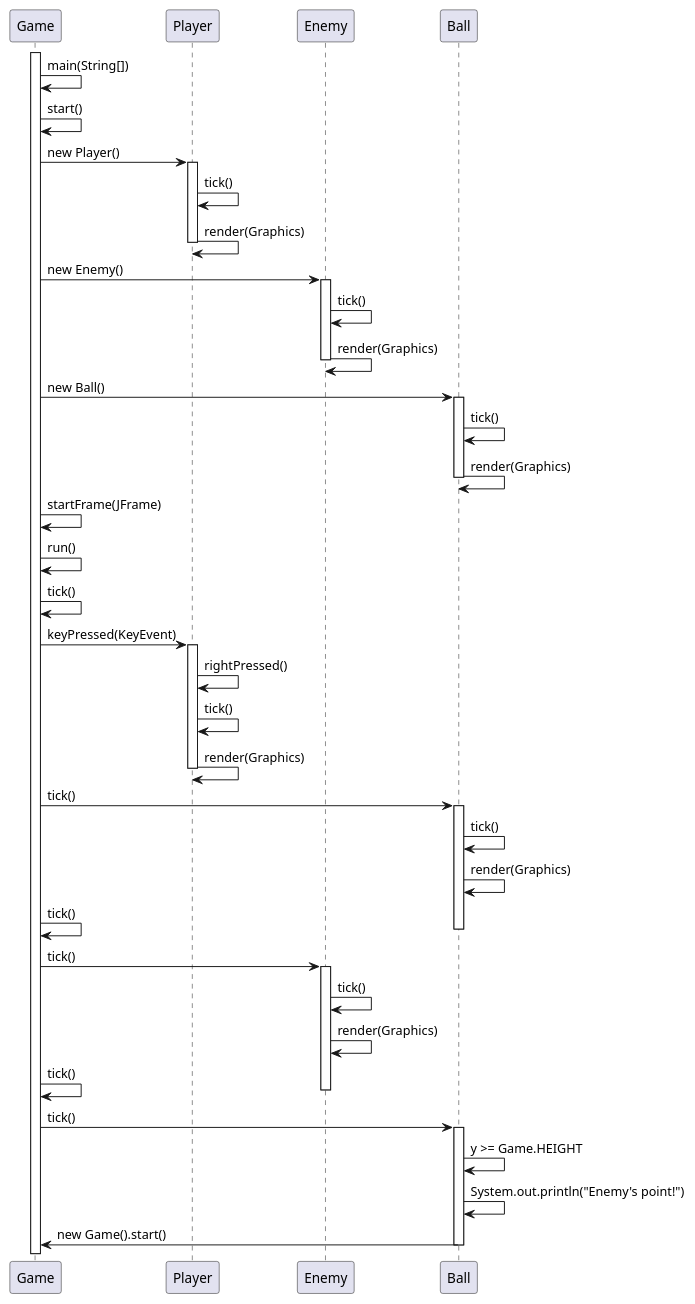
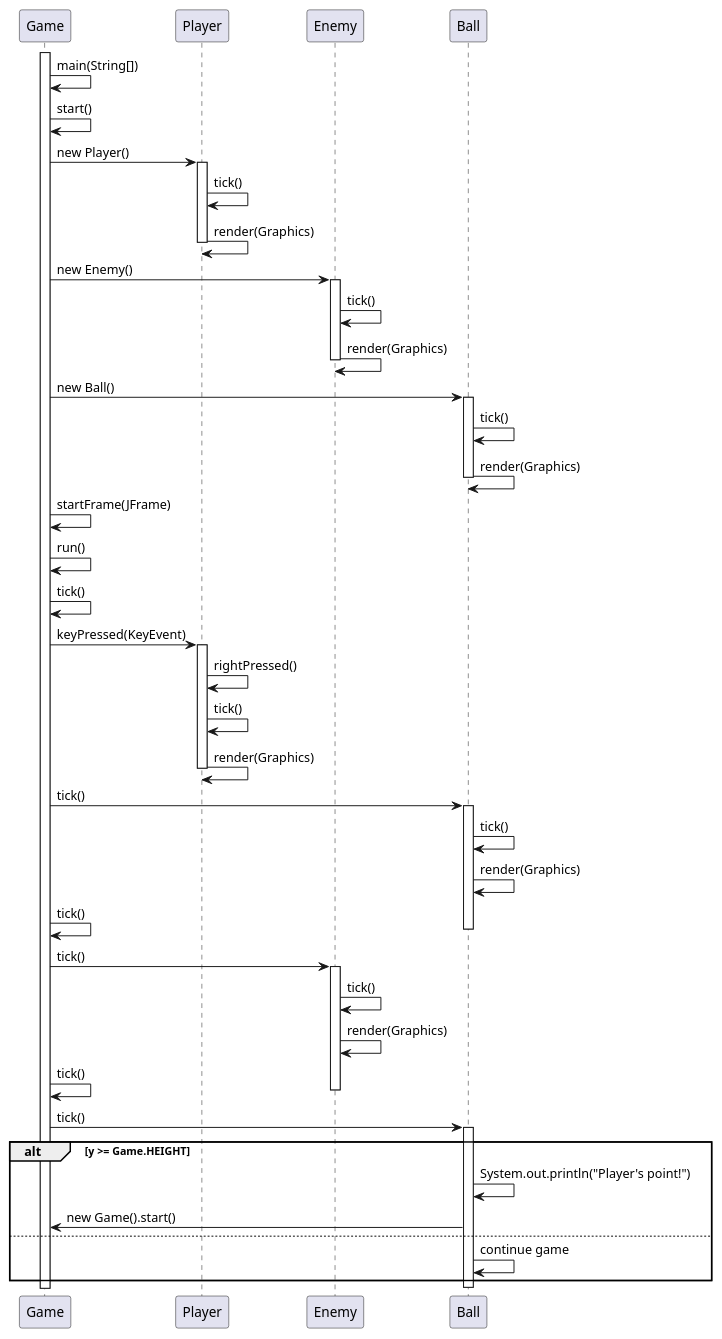
One commit to mapkpo/Tp-ingenieria-del-software changed the diagram in Diagrams/sequenceDiagram.puml. Above: the diagram before and after it, drawn with PlantUML. The commit also changed 3 other files, not shown here.

Commit message:
Fix diagrams

```diff
--- a/Diagrams/sequenceDiagram.puml
+++ b/Diagrams/sequenceDiagram.puml
@@ -1,65 +1,68 @@
 @startuml sequenceDiagram
 
 participant Game
 participant Player
 participant Enemy
 participant Ball
 
 ' Game setup and initialization
 activate Game
 Game -> Game: main(String[])
 Game -> Game: start()
 Game -> Player: new Player()
 activate Player
 Player -> Player: tick()
 Player -> Player: render(Graphics)
 deactivate Player
 Game -> Enemy: new Enemy()
 activate Enemy
 Enemy -> Enemy: tick()
 Enemy -> Enemy: render(Graphics)
 deactivate Enemy
 Game -> Ball: new Ball()
 activate Ball
 Ball -> Ball: tick()
 Ball -> Ball: render(Graphics)
 deactivate Ball
 Game -> Game: startFrame(JFrame)
 Game -> Game: run()
 Game -> Game: tick()
 
 
 ' Player moves right
 Game -> Player: keyPressed(KeyEvent)
 activate Player
 Player -> Player: rightPressed()
 Player -> Player: tick()
 Player -> Player: render(Graphics)
 deactivate Player
 
 ' Ball moves
 Game -> Ball: tick()
 activate Ball
 Ball -> Ball: tick()
 Ball -> Ball: render(Graphics)
 Game -> Game: tick()
 deactivate Ball
 
 ' Enemy moves
 Game -> Enemy: tick()
 activate Enemy
 Enemy -> Enemy: tick()
 Enemy -> Enemy: render(Graphics)
 Game -> Game: tick()
 deactivate Enemy
 
 ' Player scores a point
 Game -> Ball: tick()
 activate Ball
-Ball -> Ball: y >= Game.HEIGHT
-Ball -> Ball: System.out.println("Enemy's point!")
-Ball -> Game: new Game().start()
+alt y >= Game.HEIGHT
+    Ball -> Ball: System.out.println("Player's point!")
+    Ball -> Game: new Game().start()
+else
+    Ball -> Ball: continue game
+end
 deactivate Ball
 
 
 @enduml
```
